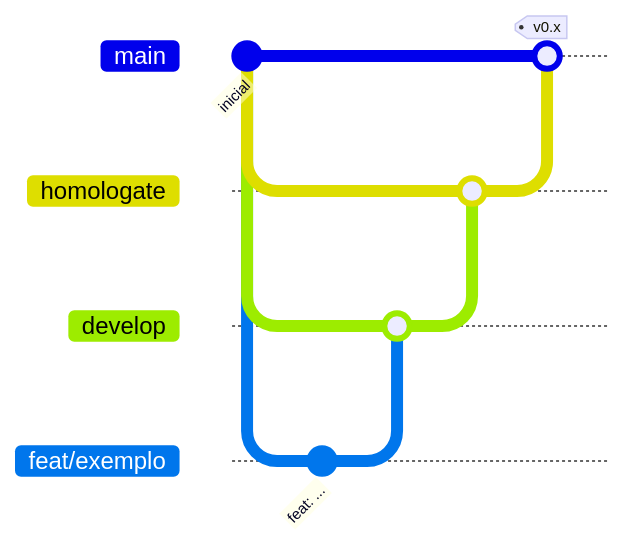
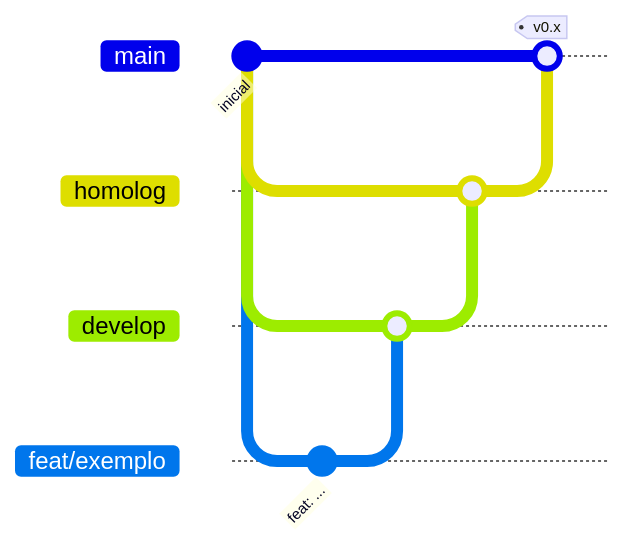
The diagram in docs/07-desenvolvimento/fluxo-git.md (Eduardo-Lima-Dev/Voltex-SolTech), drawn with Mermaid before and after one commit. The commit also changed other lines of this file and 6 other files, not shown here.

First line of the commit message:
chore(git): renomeia homologate para homolog e publica só quando mesclar na main

````diff
--- a/docs/07-desenvolvimento/fluxo-git.md
+++ b/docs/07-desenvolvimento/fluxo-git.md
@@ -11,15 +11,15 @@
 ```mermaid
 gitGraph
     commit id: "inicial"
-    branch homologate
+    branch homolog
     branch develop
     checkout develop
     branch feat/exemplo
     commit id: "feat: ..."
     checkout develop
     merge feat/exemplo
-    checkout homologate
+    checkout homolog
     merge develop
     checkout main
-    merge homologate tag: "v0.x"
+    merge homolog tag: "v0.x"
 ```
````
